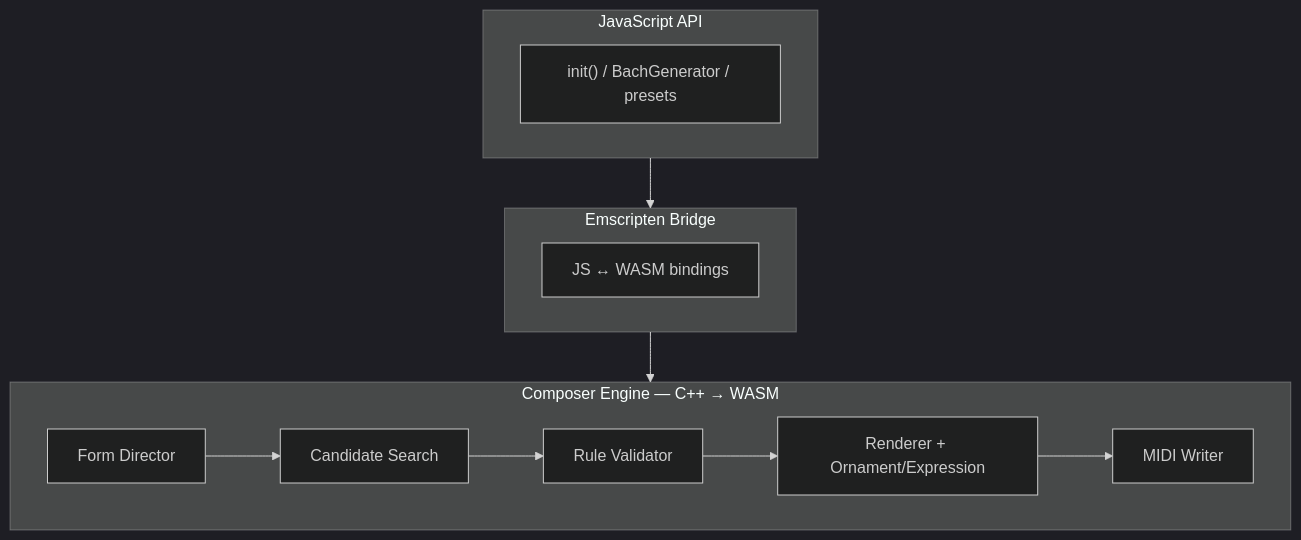
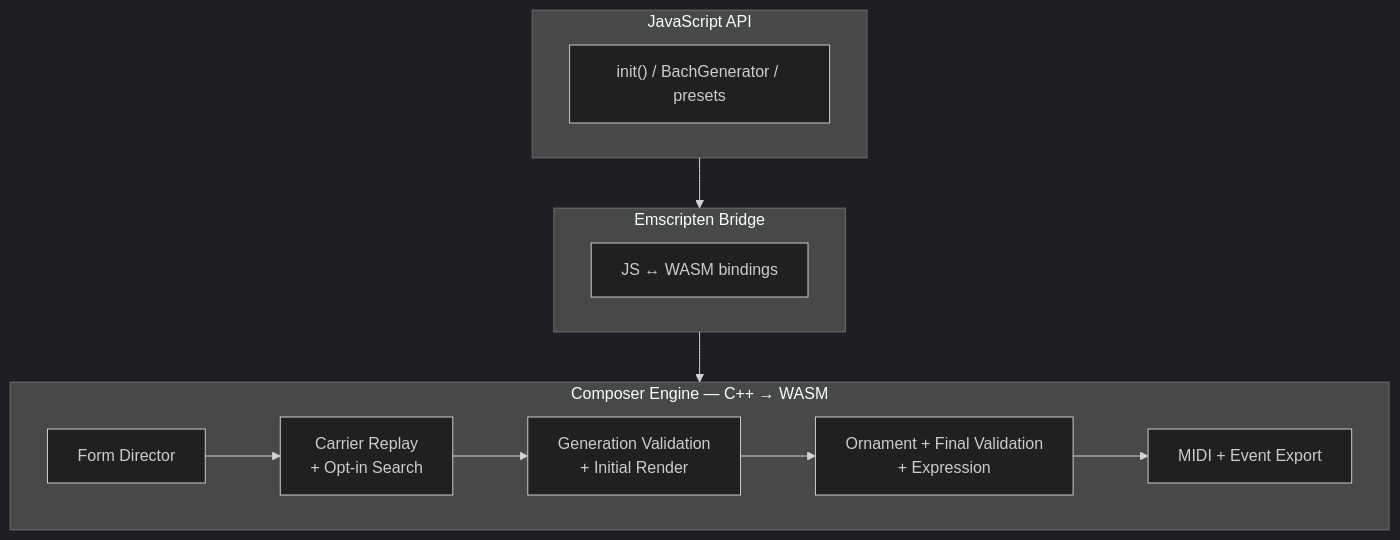
The diagram in src/docs/architecture.md (libraz/midi-sketch-bach-homepage), drawn with Mermaid (dark theme) before and after one commit. The commit also changed other lines of this file and 43 other files, not shown here.

````diff
--- a/src/docs/architecture.md
+++ b/src/docs/architecture.md
@@ -20,18 +20,18 @@
 ```mermaid
 graph TD
     subgraph JS["JavaScript API"]
         A["init() / BachGenerator / presets"]
     end
     subgraph EM["Emscripten Bridge"]
         B["JS ↔ WASM bindings"]
     end
     subgraph CORE["Composer Engine — C++ → WASM"]
         C["Form Director"]
-        D["Candidate Search"]
-        E["Rule Validator"]
-        F["Renderer + Ornament/Expression"]
-        G["MIDI Writer"]
+        D["Carrier Replay<br>+ Opt-in Search"]
+        E["Generation Validation<br>+ Initial Render"]
+        F["Ornament + Final Validation<br>+ Expression"]
+        G["MIDI + Event Export"]
         C --> D --> E --> F --> G
     end
     JS --> EM --> CORE
 ```
````
